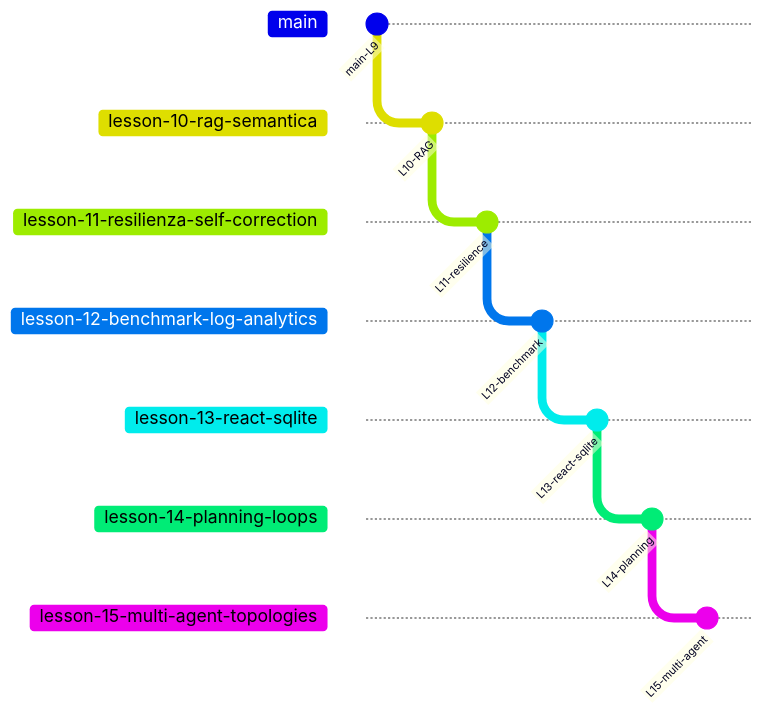
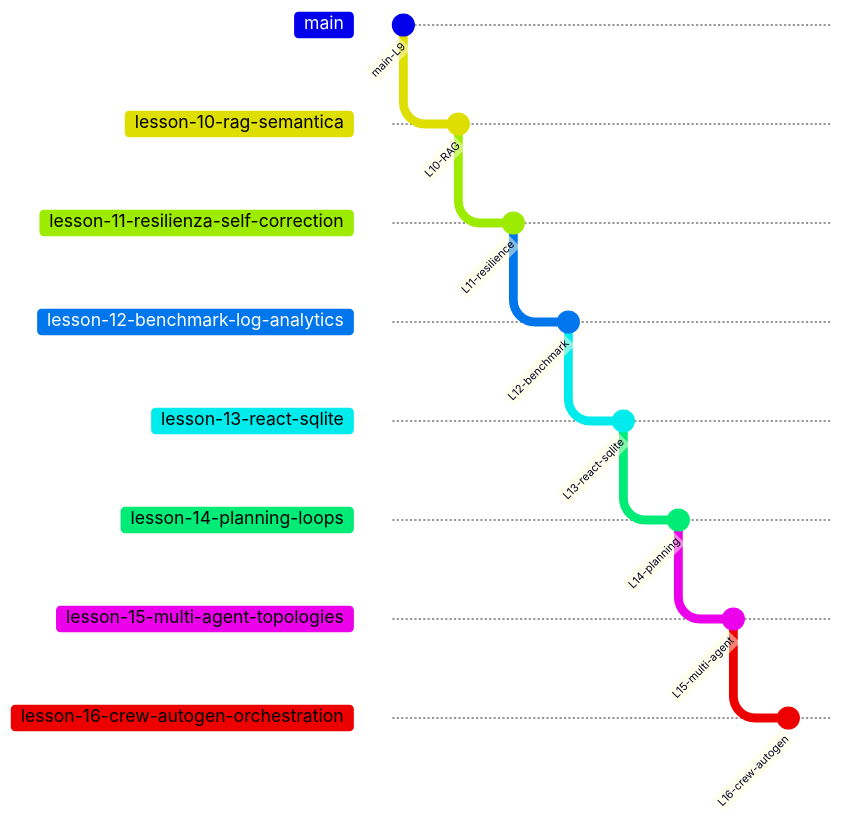
Before and after one commit to Impesud/agentic-triage-system: the diagram in docs/CORSO_LEZIONI.md, drawn with Mermaid. The commit also changed other lines of this file and 18 other files, not shown here.

First line of the commit message:
feat(lesson-16): orchestrazione CrewAI e AutoGen con multi_agent_triage

````diff
--- a/docs/CORSO_LEZIONI.md
+++ b/docs/CORSO_LEZIONI.md
@@ -18,22 +19,25 @@
 ```mermaid
 gitGraph
   commit id: "main-L9"
   branch lesson-10-rag-semantica
   checkout lesson-10-rag-semantica
   commit id: "L10-RAG"
   branch lesson-11-resilienza-self-correction
   checkout lesson-11-resilienza-self-correction
   commit id: "L11-resilience"
   branch lesson-12-benchmark-log-analytics
   checkout lesson-12-benchmark-log-analytics
   commit id: "L12-benchmark"
   branch lesson-13-react-sqlite
   checkout lesson-13-react-sqlite
   commit id: "L13-react-sqlite"
   branch lesson-14-planning-loops
   checkout lesson-14-planning-loops
   commit id: "L14-planning"
   branch lesson-15-multi-agent-topologies
   checkout lesson-15-multi-agent-topologies
   commit id: "L15-multi-agent"
+  branch lesson-16-crew-autogen-orchestration
+  checkout lesson-16-crew-autogen-orchestration
+  commit id: "L16-crew-autogen"
 ```
````
